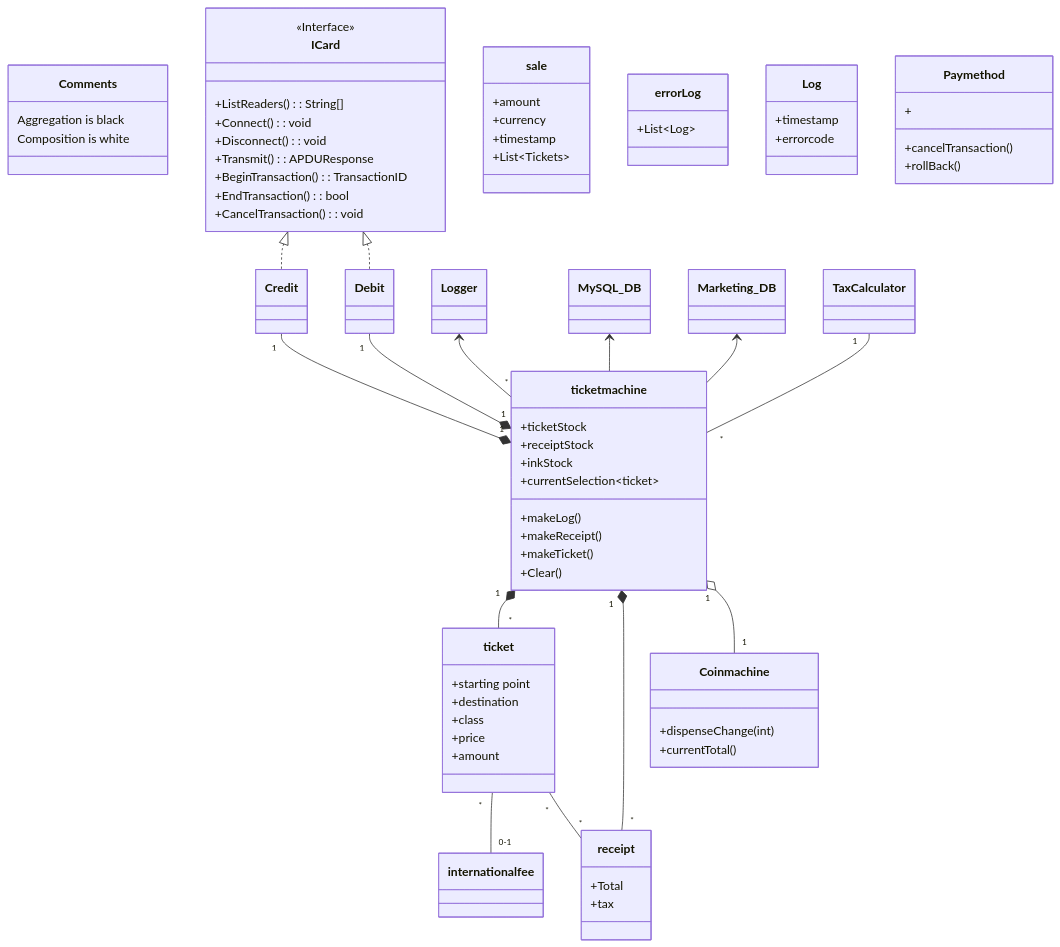
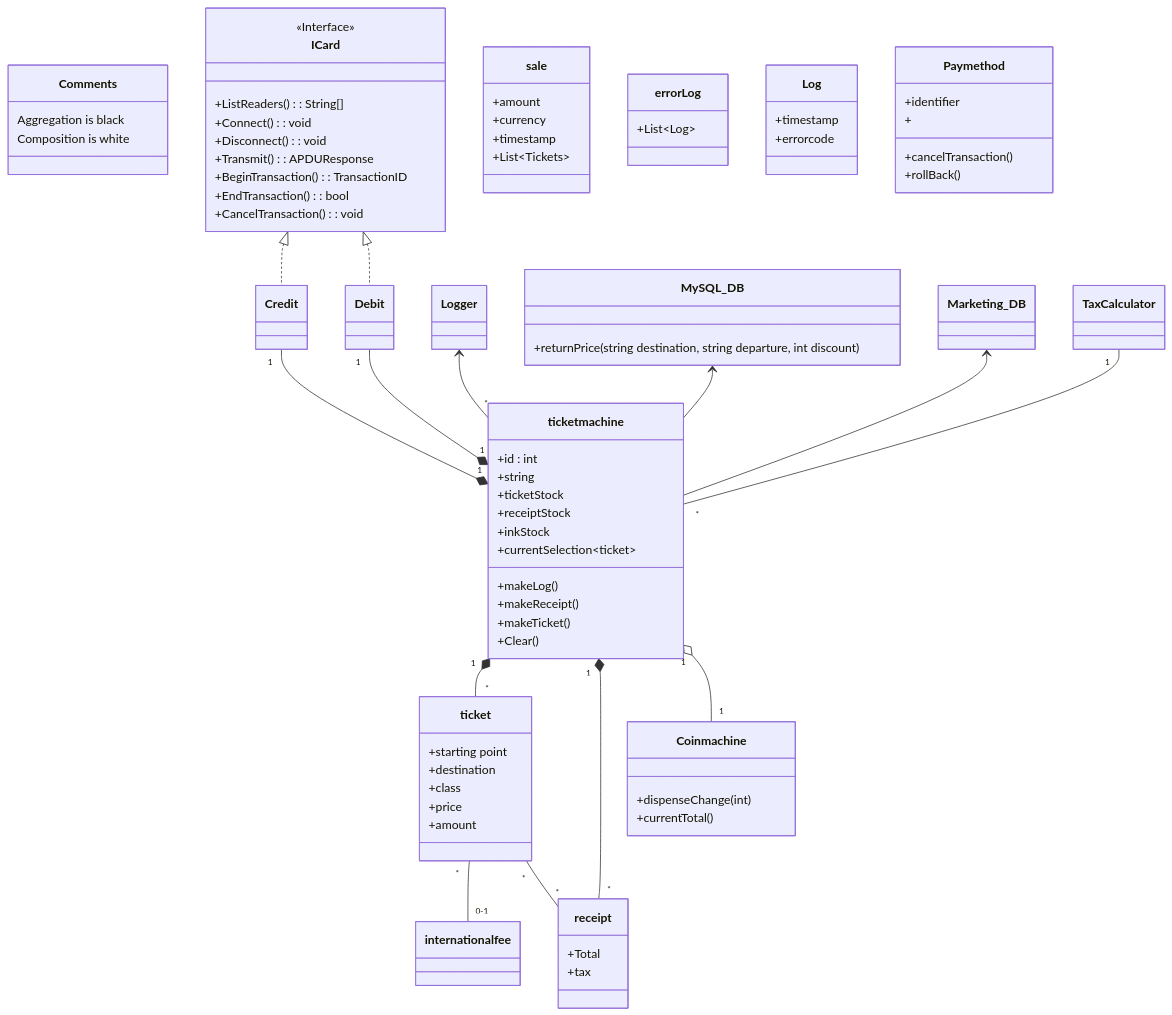
Before and after one commit to ThannerJonna/MSO23_G19: the diagram in Classes.md, drawn with Mermaid.

Commit message:
classes aangepast

```diff
--- a/Classes.md
+++ b/Classes.md
@@ -21,6 +21,10 @@
 ICard <|.. Credit
 ICard <|.. Debit
 
+class MySQL_DB{
+    +returnPrice(string destination, string departure, int discount)
+}
+
 class sale{
     +amount
     +currency
@@ -38,8 +42,9 @@
 }
 
 
-
 class ticketmachine{
+    +id : int
+    +string 
     +ticketStock
     +receiptStock
     +inkStock
@@ -59,7 +64,9 @@
     +amount
 }
 
+
 class Paymethod{
+    +identifier
     +cancelTransaction()
     +rollBack()
     +
```
